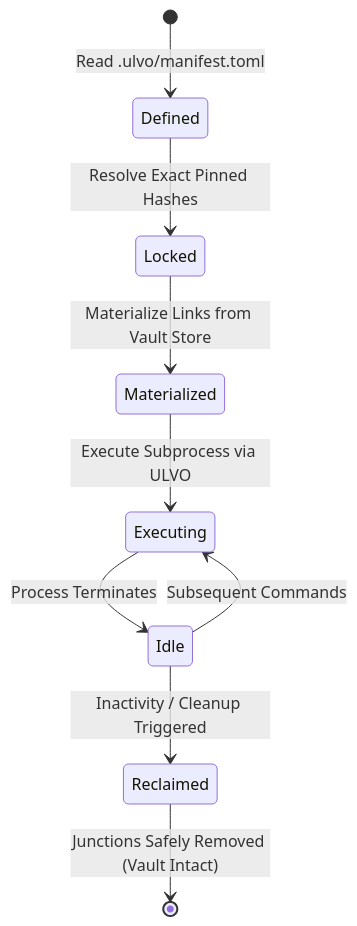
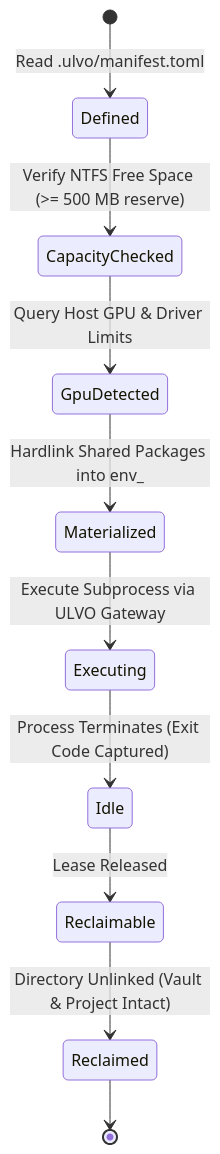
Before and after one commit to Voidwalker-AT/ULVO: the second of 2 diagrams in docs/ARCHITECTURE.md, drawn with Mermaid. The commit also changed other lines of this file and 19 other files, not shown here.

````diff
--- a/docs/ARCHITECTURE.md
+++ b/docs/ARCHITECTURE.md
@@ -116,11 +125,12 @@
 ```mermaid
 stateDiagram-v2
     [*] --> Defined: Read .ulvo/manifest.toml
-    Defined --> Locked: Resolve Exact Pinned Hashes
-    Locked --> Materialized: Materialize Links from Vault Store
-    Materialized --> Executing: Execute Subprocess via ULVO
-    Executing --> Idle: Process Terminates
-    Idle --> Executing: Subsequent Commands
-    Idle --> Reclaimed: Inactivity / Cleanup Triggered
-    Reclaimed --> [*]: Junctions Safely Removed (Vault Intact)
+    Defined --> CapacityChecked: Verify NTFS Free Space (>= 500 MB reserve)
+    CapacityChecked --> GpuDetected: Query Host GPU & Driver Limits
+    GpuDetected --> Materialized: Hardlink Shared Packages into env_<hash>
+    Materialized --> Executing: Execute Subprocess via ULVO Gateway
+    Executing --> Idle: Process Terminates (Exit Code Captured)
+    Idle --> Reclaimable: Lease Released
+    Reclaimable --> Reclaimed: Directory Unlinked (Vault & Project Intact)
+    Reclaimed --> [*]
 ```
````
